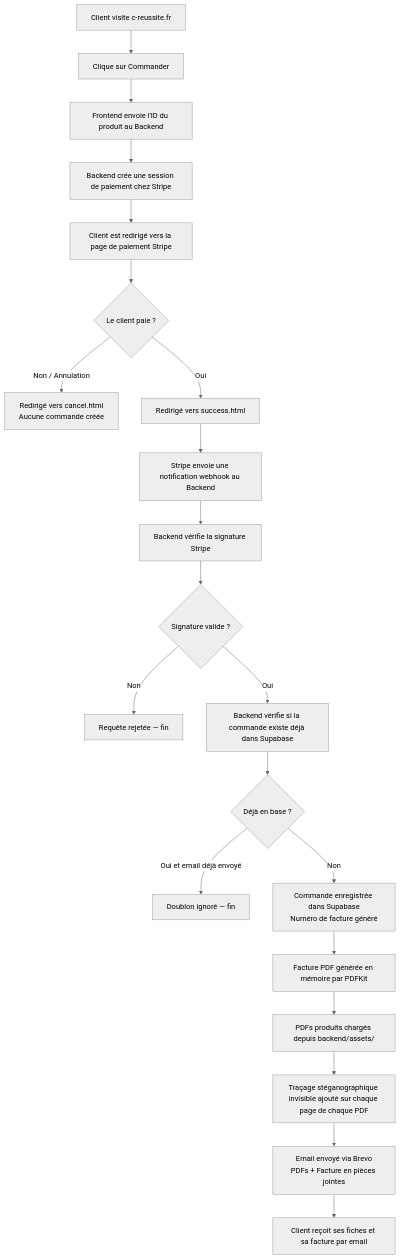
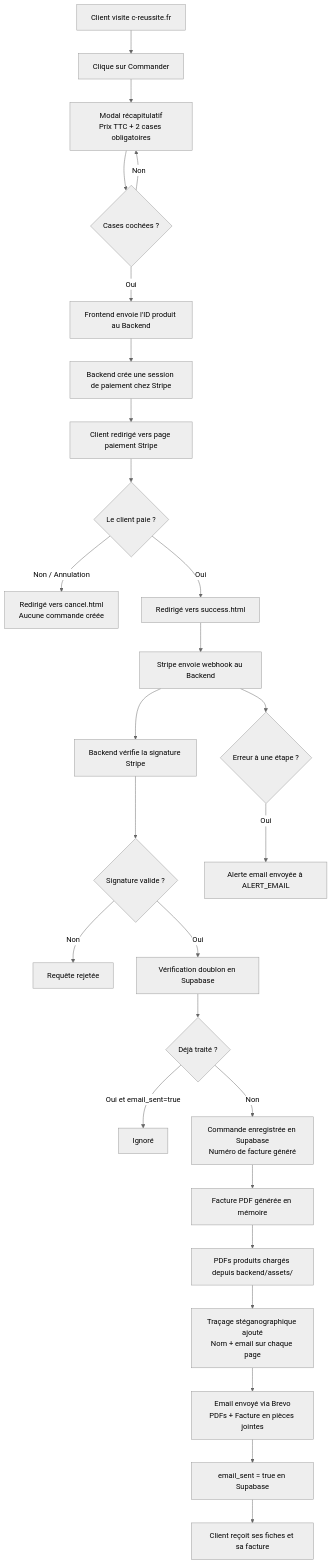
The diagram in LISEZ-MOI.md (CReussite/website), drawn with Mermaid (neutral theme) before and after one commit. The commit also changed other lines of this file, not shown here.

````diff
--- a/LISEZ-MOI.md
+++ b/LISEZ-MOI.md
@@ -430,23 +355,29 @@
 ```mermaid
 flowchart TD
     A[Client visite c-reussite.fr] --> B[Clique sur Commander]
-    B --> C[Frontend envoie l'ID du produit au Backend]
-    C --> D[Backend crée une session de paiement chez Stripe]
-    D --> E[Client est redirigé vers la page de paiement Stripe]
-    E --> F{Le client paie ?}
-    F -- Non / Annulation --> G[Redirigé vers cancel.html\nAucune commande créée]
-    F -- Oui --> H[Redirigé vers success.html]
-    H --> I[Stripe envoie une notification webhook au Backend]
-    I --> J[Backend vérifie la signature Stripe]
-    J --> K{Signature valide ?}
-    K -- Non --> L[Requête rejetée — fin]
-    K -- Oui --> M[Backend vérifie si la commande existe déjà dans Supabase]
-    M --> N{Déjà en base ?}
-    N -- Oui et email déjà envoyé --> O[Doublon ignoré — fin]
-    N -- Non --> P[Commande enregistrée dans Supabase\nNuméro de facture généré]
-    P --> Q[Facture PDF générée en mémoire par PDFKit]
-    Q --> R[PDFs produits chargés depuis backend/assets/]
-    R --> S[Traçage stéganographique invisible ajouté sur chaque page de chaque PDF]
-    S --> T[Email envoyé via Brevo\nPDFs + Facture en pièces jointes]
-    T --> U[Client reçoit ses fiches et sa facture par email]
+    B --> C[Modal récapitulatif\nPrix TTC + 2 cases obligatoires]
+    C --> D{Cases cochées ?}
+    D -- Non --> C
+    D -- Oui --> E[Frontend envoie l'ID produit au Backend]
+    E --> F[Backend crée une session de paiement chez Stripe]
+    F --> G[Client redirigé vers page paiement Stripe]
+    G --> H{Le client paie ?}
+    H -- Non / Annulation --> I[Redirigé vers cancel.html\nAucune commande créée]
+    H -- Oui --> J[Redirigé vers success.html]
+    J --> K[Stripe envoie webhook au Backend]
+    K --> L[Backend vérifie la signature Stripe]
+    L --> M{Signature valide ?}
+    M -- Non --> N[Requête rejetée]
+    M -- Oui --> O[Vérification doublon en Supabase]
+    O --> P{Déjà traité ?}
+    P -- Oui et email_sent=true --> Q[Ignoré]
+    P -- Non --> R[Commande enregistrée en Supabase\nNuméro de facture généré]
+    R --> S[Facture PDF générée en mémoire]
+    S --> T[PDFs produits chargés depuis backend/assets/]
+    T --> U[Traçage stéganographique ajouté\nNom + email sur chaque page]
+    U --> V[Email envoyé via Brevo\nPDFs + Facture en pièces jointes]
+    V --> W[email_sent = true en Supabase]
+    W --> X[Client reçoit ses fiches et sa facture]
+    K --> Y{Erreur à une étape ?}
+    Y -- Oui --> Z[Alerte email envoyée à ALERT_EMAIL]
 ```
````
